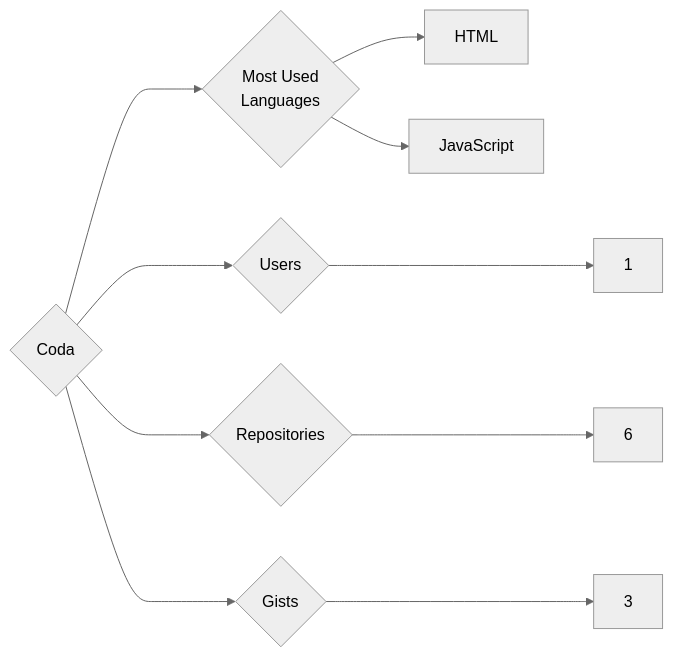
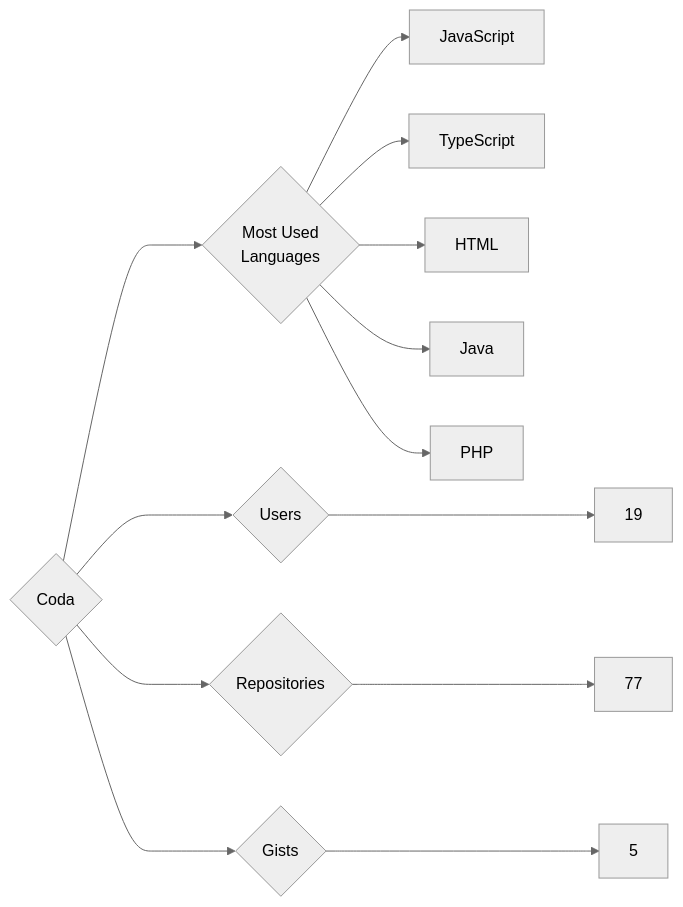
One commit to trickest/insiders changed the diagram in targets/Coda/README.md. Above: the diagram before and after it, drawn with Mermaid (neutral theme). The commit also changed 870 other files, not shown here.

````diff
--- a/targets/Coda/README.md
+++ b/targets/Coda/README.md
@@ -3,10 +3,13 @@
 ```mermaid
 graph LR
 COMPANY_NAME{Coda}
-COMPANY_NAME ---> U{Users} ---> UN[1]
-COMPANY_NAME ---> R{Repositories} ---> RN[6]
-COMPANY_NAME ---> G{Gists} ---> GN[3]
+COMPANY_NAME ---> U{Users} ---> UN[19]
+COMPANY_NAME ---> R{Repositories} ---> RN[77]
+COMPANY_NAME ---> G{Gists} ---> GN[5]
 COMPANY_NAME ---> ML{Most Used<br>Languages}
+ML --> JavaScript[JavaScript]
+ML --> TypeScript[TypeScript]
 ML --> HTML[HTML]
-ML --> JavaScript[JavaScript]
+ML --> Java[Java]
+ML --> PHP[PHP]
 ```
````
